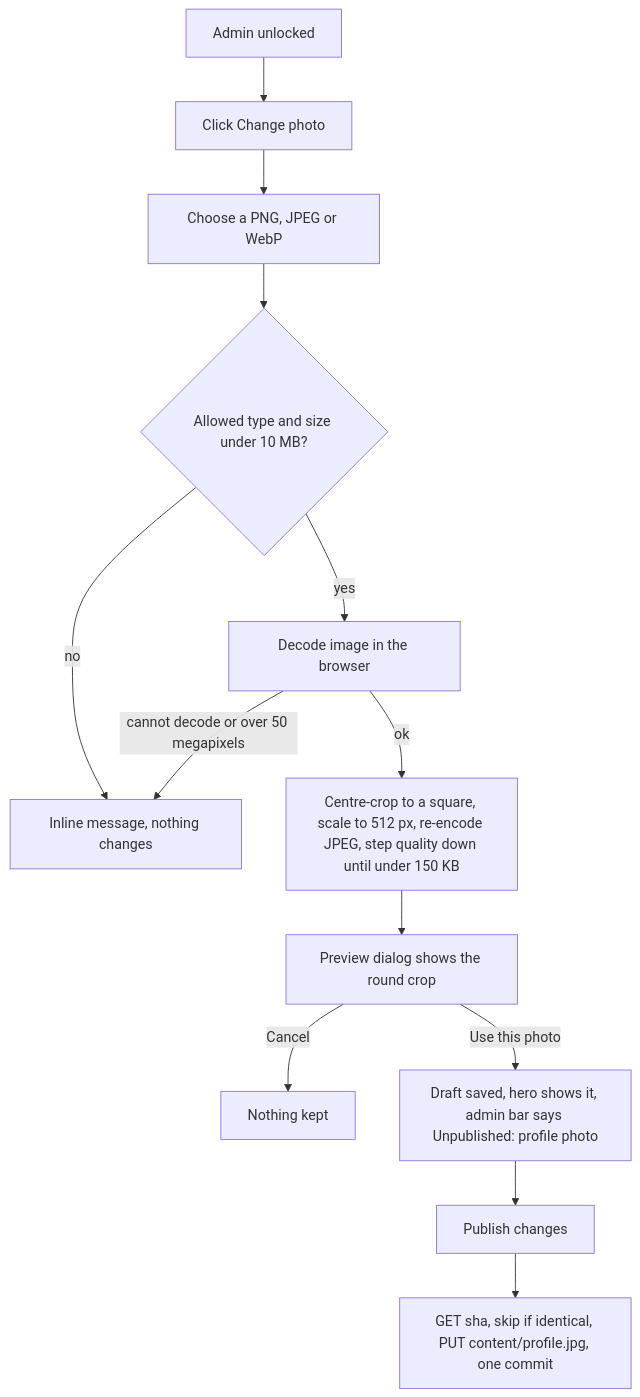
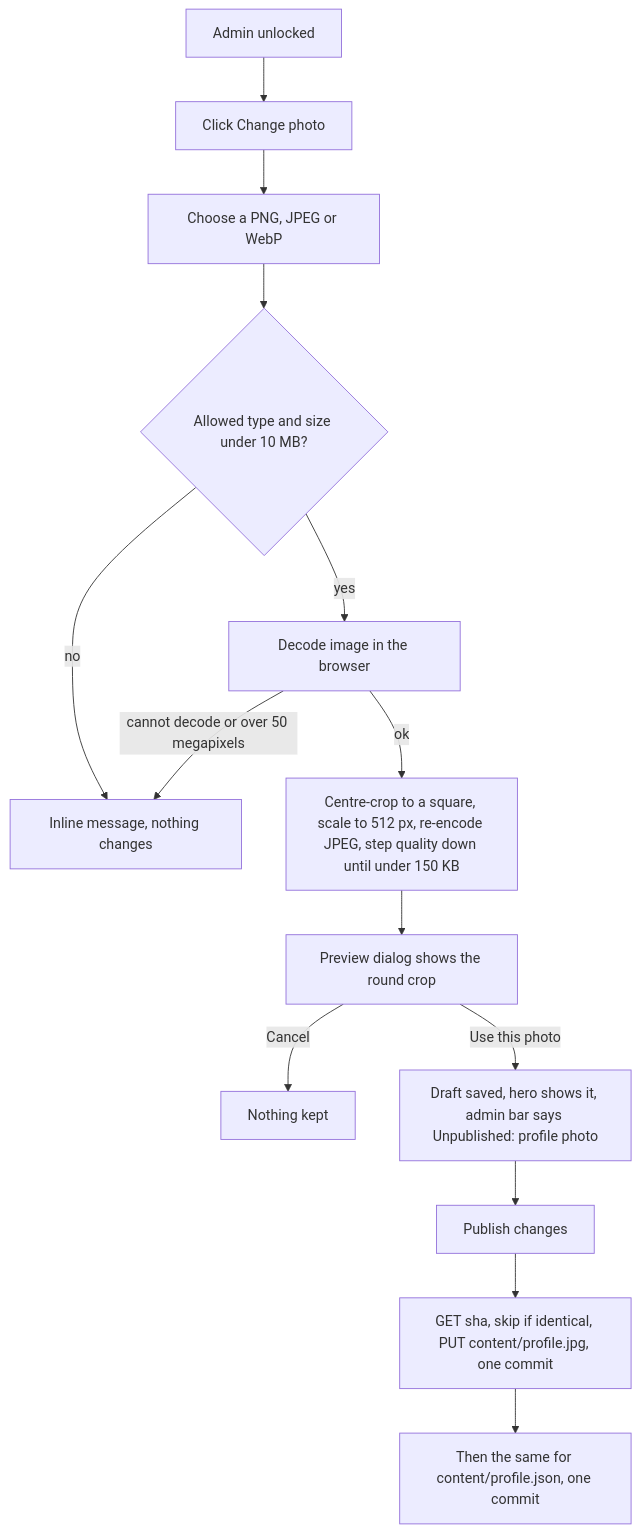
Diagram 14 of 16 in docs/design.md (debasisr66/studio), drawn with Mermaid before and after one commit. The commit also changed other lines of this file and 11 other files, not shown here.

Commit message:
v1.4: rulesets as reviewable files; artefacts updated (test, security, design, plan, impact, architecture, build, learning guide, README)

````diff
--- a/docs/design.md
+++ b/docs/design.md
@@ -450,15 +450,16 @@
 ```mermaid
 flowchart TD
   A[Admin unlocked] --> B[Click Change photo]
   B --> C[Choose a PNG, JPEG or WebP]
   C --> D{Allowed type and size under 10 MB?}
   D -- no --> E[Inline message, nothing changes]
   D -- yes --> F[Decode image in the browser]
   F -- cannot decode or over 50 megapixels --> E
   F -- ok --> G[Centre-crop to a square, scale to 512 px, re-encode JPEG, step quality down until under 150 KB]
   G --> H[Preview dialog shows the round crop]
   H -- Cancel --> I[Nothing kept]
   H -- Use this photo --> J[Draft saved, hero shows it, admin bar says Unpublished: profile photo]
   J --> K[Publish changes]
   K --> L[GET sha, skip if identical, PUT content/profile.jpg, one commit]
+  L --> M[Then the same for content/profile.json, one commit]
 ```
````
